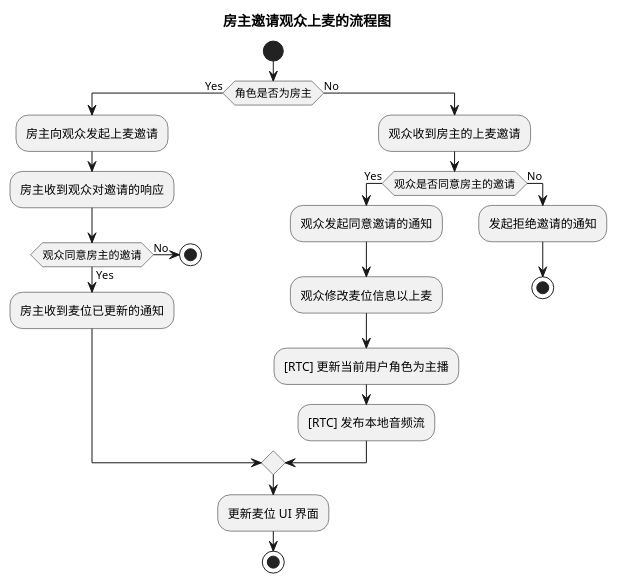
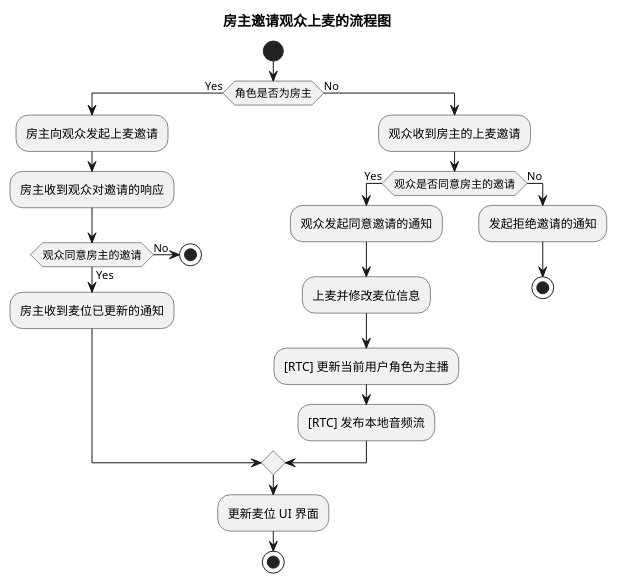
Before and after one commit to AgoraIO/agora_doc_source: the diagram in markdown/chatroom/02-房主邀请.wsd, drawn with PlantUML. The commit also changed 1 other file, not shown here.

```diff
--- a/markdown/chatroom/02-房主邀请.wsd
+++ b/markdown/chatroom/02-房主邀请.wsd
@@ -1,26 +1,26 @@
 @startuml
 title 房主邀请观众上麦的流程图
 start
 if (角色是否为房主) then (Yes)
     :房主向观众发起上麦邀请;
     :房主收到观众对邀请的响应;
     if (观众同意房主的邀请) then (Yes)
     :房主收到麦位已更新的通知;
     else (No)
     stop
     endif
 else(No)
     :观众收到房主的上麦邀请;
     if (观众是否同意房主的邀请) then (Yes)
     :观众发起同意邀请的通知;
-    :观众修改麦位信息以上麦;
+    :上麦并修改麦位信息;
     :[RTC] 更新当前用户角色为主播;
     :[RTC] 发布本地音频流;
     else (No)
     :发起拒绝邀请的通知;
     stop
     endif
 endif
 :更新麦位 UI 界面;
 stop
 @enduml
```
